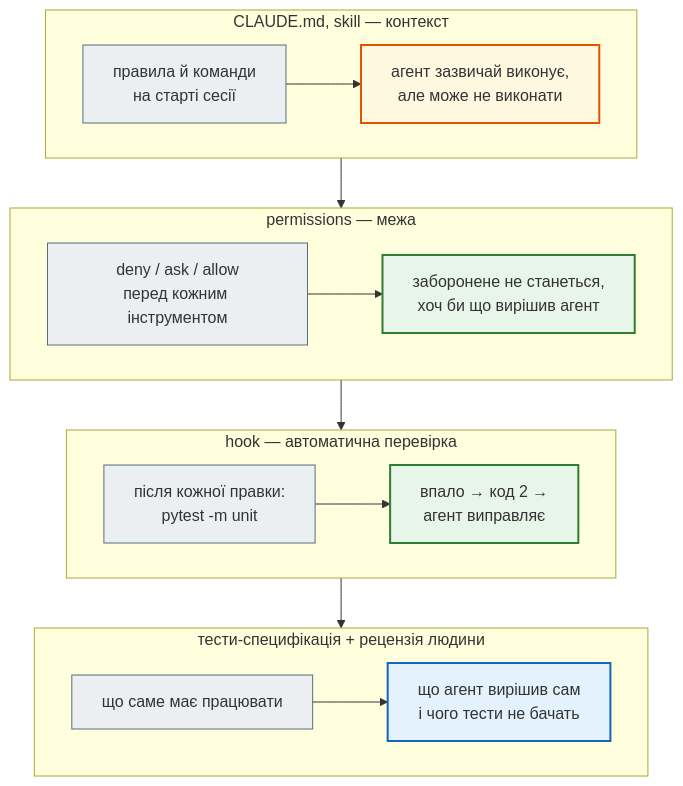
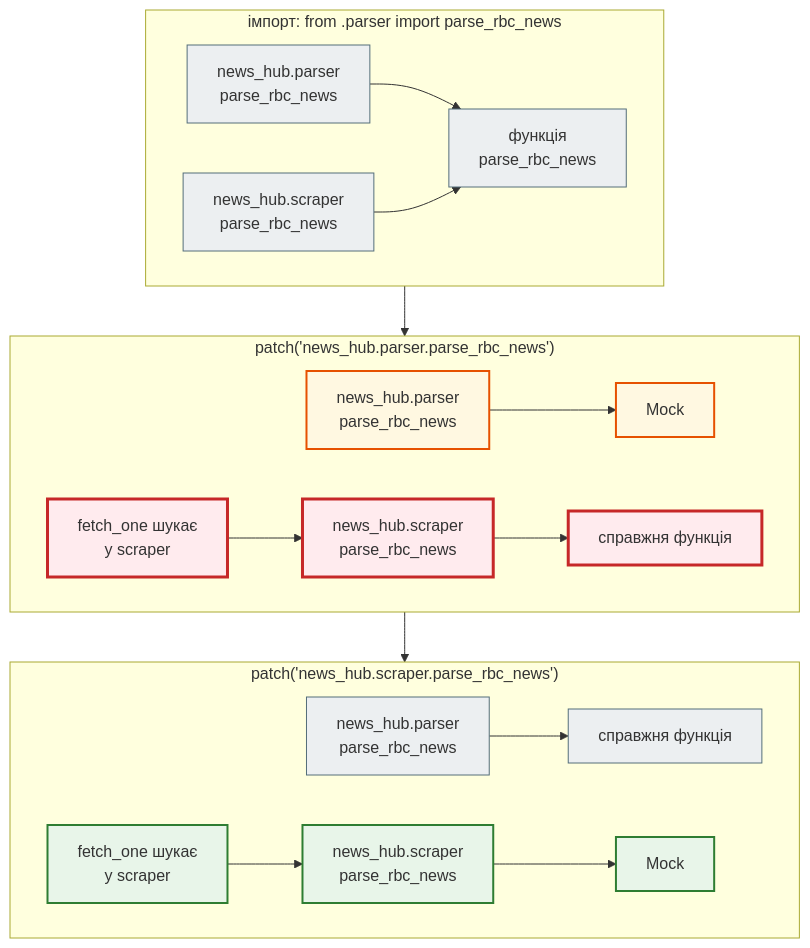
The first of 3 diagrams in docs/modules/m4/lesson_42.md (AlinaRadchenko/PY-Course-Victor-Nikoriak-22-09-2026), drawn with Mermaid before and after one commit. The commit also changed other lines of this file and 1846 other files, not shown here.

````diff
--- a/docs/modules/m4/lesson_42.md
+++ b/docs/modules/m4/lesson_42.md
@@ -122,31 +240,32 @@
 ```mermaid
 flowchart TD
     classDef step     fill:#eceff1,stroke:#546e7a,stroke-width:1px;
     classDef decision fill:#e3f2fd,stroke:#1565c0,stroke-width:2px;
     classDef success  fill:#e8f5e9,stroke:#2e7d32,stroke-width:2px;
     classDef error    fill:#ffebee,stroke:#c62828,stroke-width:3px;
     classDef warning  fill:#fff8e1,stroke:#e65100,stroke-width:2px;
 
-    subgraph L1["CLAUDE.md, skill — контекст"]
+    subgraph S1["імпорт: from .parser import parse_rbc_news"]
         direction LR
-        C1["правила й команди<br>на старті сесії"] --> C2["агент зазвичай виконує,<br>але може не виконати"]
+        P1["news_hub.parser<br>parse_rbc_news"] --> F1["функція<br>parse_rbc_news"]
+        C1["news_hub.scraper<br>parse_rbc_news"] --> F1
     end
-    subgraph L2["permissions — межа"]
+    subgraph S2["patch('news_hub.parser.parse_rbc_news')"]
         direction LR
-        P1["deny / ask / allow<br>перед кожним інструментом"] --> P2["заборонене не станеться,<br>хоч би що вирішив агент"]
+        P2["news_hub.parser<br>parse_rbc_news"] --> M2["Mock"]
+        C2["news_hub.scraper<br>parse_rbc_news"] --> F2["справжня функція"]
+        FO2["fetch_one шукає<br>у scraper"] --> C2
     end
-    subgraph L3["hook — автоматична перевірка"]
+    subgraph S3["patch('news_hub.scraper.parse_rbc_news')"]
         direction LR
-        H1["після кожної правки:<br>pytest -m unit"] --> H2["впало → код 2 →<br>агент виправляє"]
+        P3["news_hub.parser<br>parse_rbc_news"] --> F3["справжня функція"]
+        C3["news_hub.scraper<br>parse_rbc_news"] --> M3["Mock"]
+        FO3["fetch_one шукає<br>у scraper"] --> C3
     end
-    subgraph L4["тести-специфікація + рецензія людини"]
-        direction LR
-        T1["що саме має працювати"] --> T2["що агент вирішив сам<br>і чого тести не бачать"]
-    end
-    L1 --> L2 --> L3 --> L4
+    S1 --> S2 --> S3
 
-    class C1,P1,H1,T1 step
-    class C2 warning
-    class P2,H2 success
-    class T2 decision
+    class P1,C1,F1,P3,F3 step
+    class P2,M2 warning
+    class C2,F2,FO2 error
+    class C3,M3,FO3 success
 ```
````
